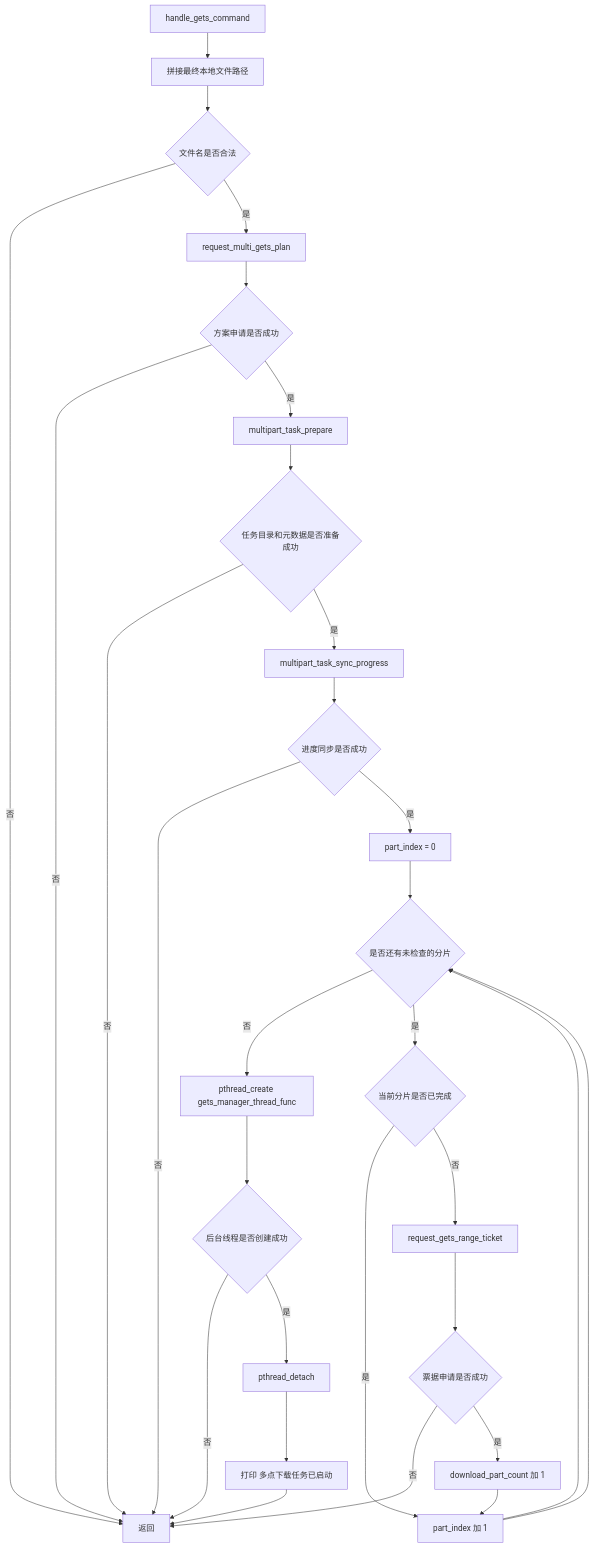
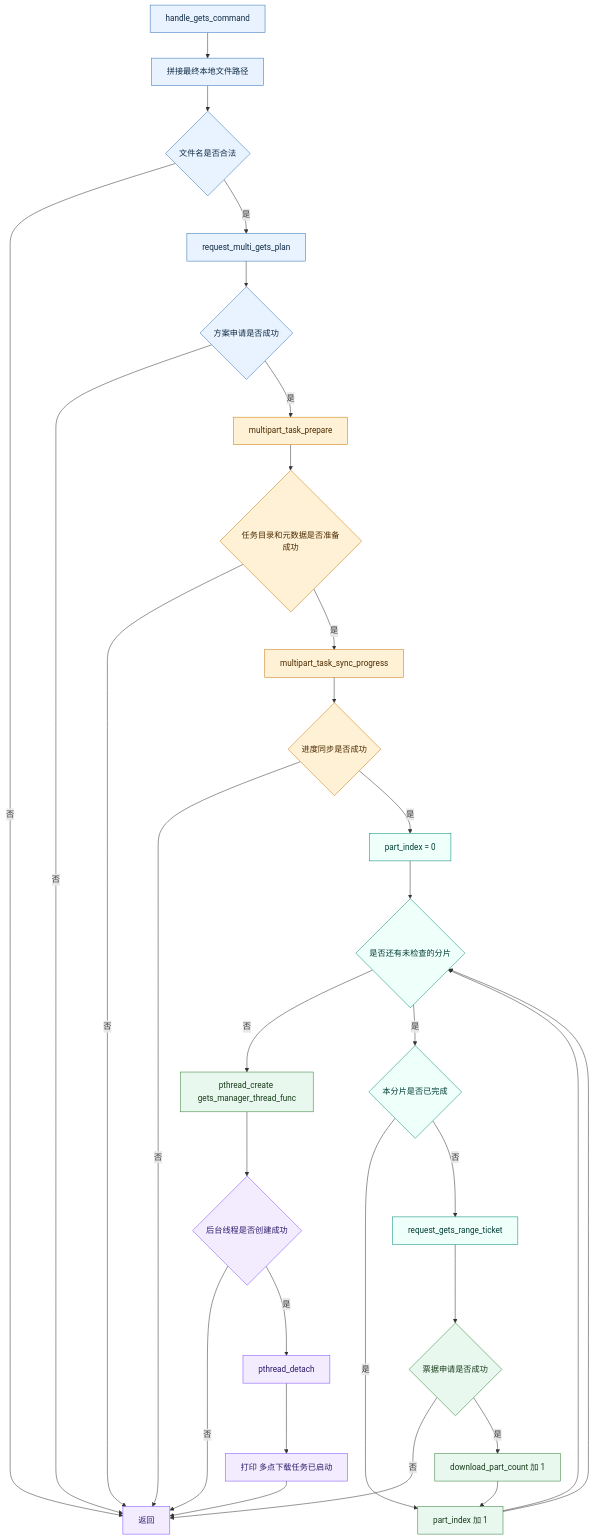
Diagram 14 of 20 in docs/V5全流程活动图详解.md (panlong-studio/WindCloud_V4), drawn with Mermaid before and after one commit. The commit also changed other lines of this file and 5 other files, not shown here.

````diff
--- a/docs/V5全流程活动图详解.md
+++ b/docs/V5全流程活动图详解.md
@@ -762,42 +929,54 @@
 ```mermaid
 flowchart TD
     G0[handle_gets_command]
     G1[拼接最终本地文件路径]
     G2{文件名是否合法}
     G3[request_multi_gets_plan]
     G4{方案申请是否成功}
     G5[multipart_task_prepare]
     G6{任务目录和元数据是否准备成功}
     G7[multipart_task_sync_progress]
     G8{进度同步是否成功}
     G9[part_index = 0]
     G10{是否还有未检查的分片}
-    G11{当前分片是否已完成}
+    G11{本分片是否已完成}
     G12[request_gets_range_ticket]
     G13{票据申请是否成功}
     G14[download_part_count 加 1]
     G15[part_index 加 1]
     G16[pthread_create gets_manager_thread_func]
     G17{后台线程是否创建成功}
     G18[pthread_detach]
     G19[打印 多点下载任务已启动]
     G20[返回]
 
     G0 --> G1 --> G2
     G2 -- 否 --> G20
     G2 -- 是 --> G3 --> G4
     G4 -- 否 --> G20
     G4 -- 是 --> G5 --> G6
     G6 -- 否 --> G20
     G6 -- 是 --> G7 --> G8
     G8 -- 否 --> G20
     G8 -- 是 --> G9 --> G10
     G10 -- 否 --> G16 --> G17
     G10 -- 是 --> G11
     G11 -- 是 --> G15 --> G10
     G11 -- 否 --> G12 --> G13
     G13 -- 否 --> G20
     G13 -- 是 --> G14 --> G15 --> G10
     G17 -- 否 --> G20
     G17 -- 是 --> G18 --> G19 --> G20
+    classDef phase1 fill:#E8F3FF,stroke:#2F6FB6,color:#102A43
+    classDef phase2 fill:#FFF1D6,stroke:#C77700,color:#4A2B00
+    classDef phase3 fill:#EFFFFA,stroke:#00897B,color:#003D35
+    classDef phase4 fill:#E9F8EF,stroke:#2E7D32,color:#173B1A
+    classDef phase5 fill:#F3ECFF,stroke:#7C4DFF,color:#2D1B69
+    classDef fail fill:#FFECEC,stroke:#C62828,color:#4A0D0D
+
+    class G0,G1,G2,G3,G4 phase1
+    class G5,G6,G7,G8 phase2
+    class G9,G10,G11,G12 phase3
+    class G13,G14,G15,G16 phase4
+    class G17,G18,G19,G20 phase5
 ```
````
